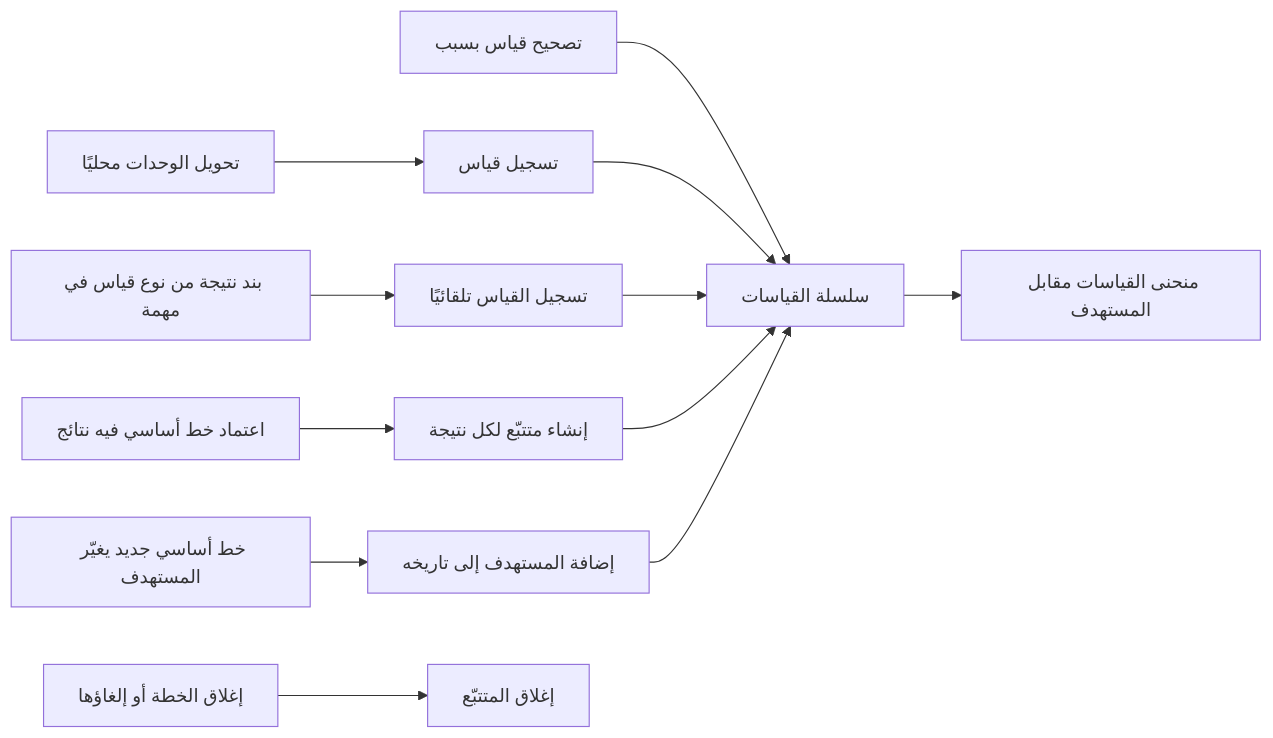
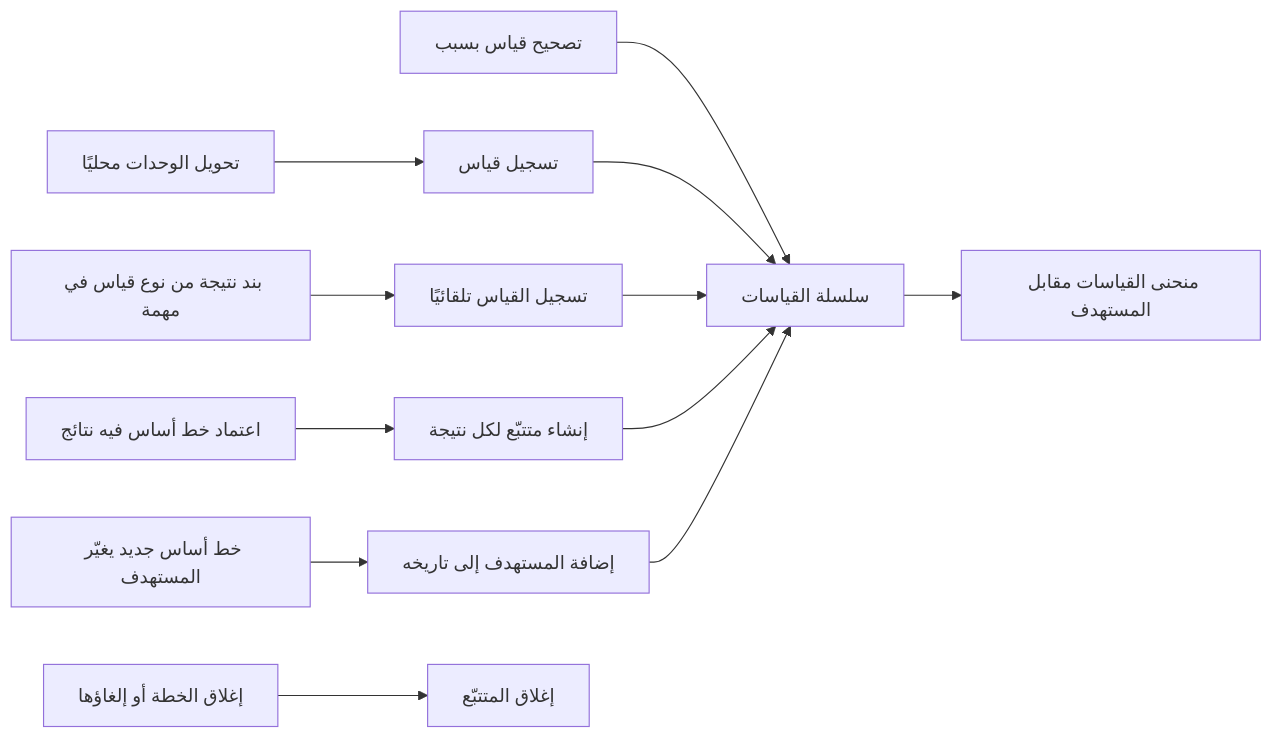
The first of 2 diagrams in spec/18-analysis-design/05-user-stories/CAP-07-planning-execution/FEAT-OPS-OUTCOMES.md (Ayoubkhattab/Planing), drawn with Mermaid before and after one commit. The commit also changed other lines of this file and 4 other files, not shown here.

````diff
--- a/spec/18-analysis-design/05-user-stories/CAP-07-planning-execution/FEAT-OPS-OUTCOMES.md
+++ b/spec/18-analysis-design/05-user-stories/CAP-07-planning-execution/FEAT-OPS-OUTCOMES.md
@@ -48,14 +48,14 @@
 ```mermaid
 flowchart LR
-  BL["اعتماد خط أساسي فيه نتائج"] --> TR["إنشاء متتبّع لكل نتيجة"]
-  NBL["خط أساسي جديد يغيّر المستهدف"] --> TGT["إضافة المستهدف إلى تاريخه"]
+  BL["اعتماد خط أساس فيه نتائج"] --> TR["إنشاء متتبّع لكل نتيجة"]
+  NBL["خط أساس جديد يغيّر المستهدف"] --> TGT["إضافة المستهدف إلى تاريخه"]
   UNITS["تحويل الوحدات محليًا"] --> REC["تسجيل قياس"]
   TASK["بند نتيجة من نوع قياس في مهمة"] --> AUTO["تسجيل القياس تلقائيًا"]
   COR["تصحيح قياس بسبب"] --> SER["سلسلة القياسات"]
   REC --> SER
   AUTO --> SER
   TR --> SER
   TGT --> SER
   SER --> CHART["منحنى القياسات مقابل المستهدف"]
   PCL["إغلاق الخطة أو إلغاؤها"] --> CL["إغلاق المتتبّع"]
 ```
````
